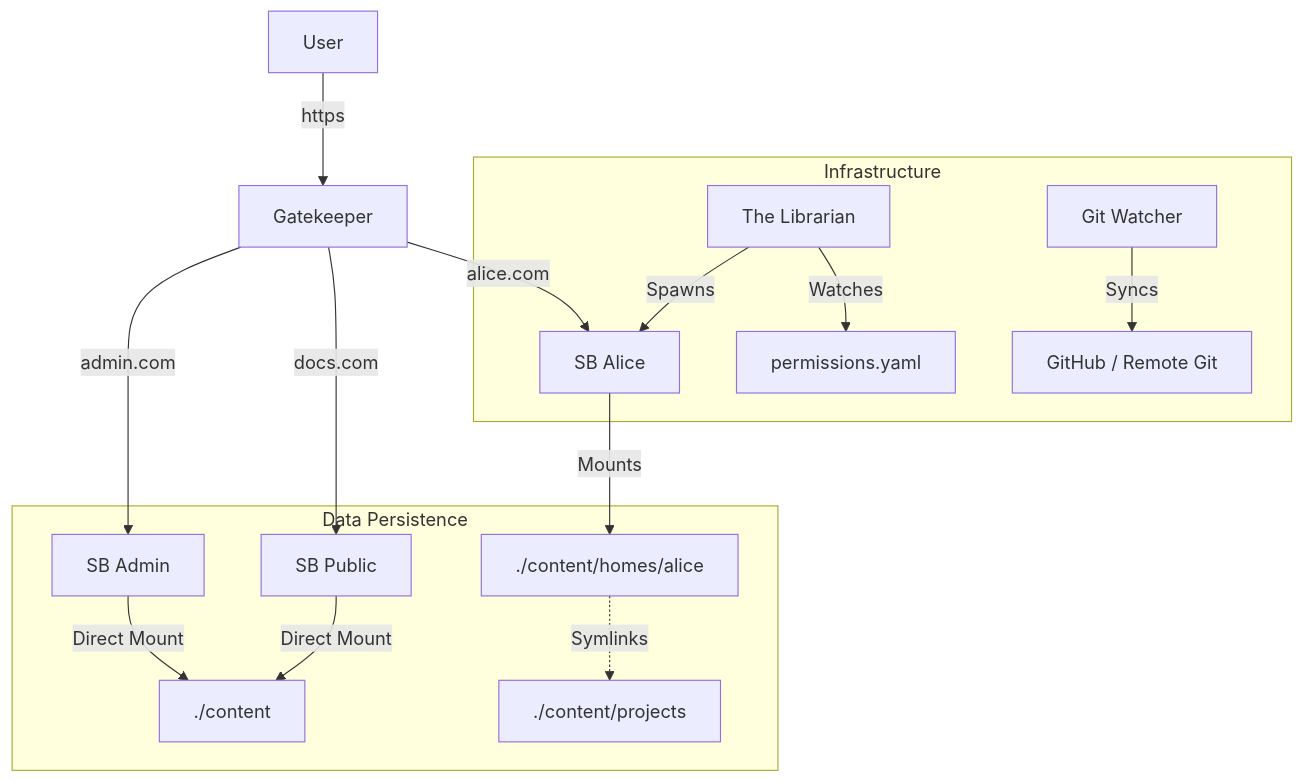
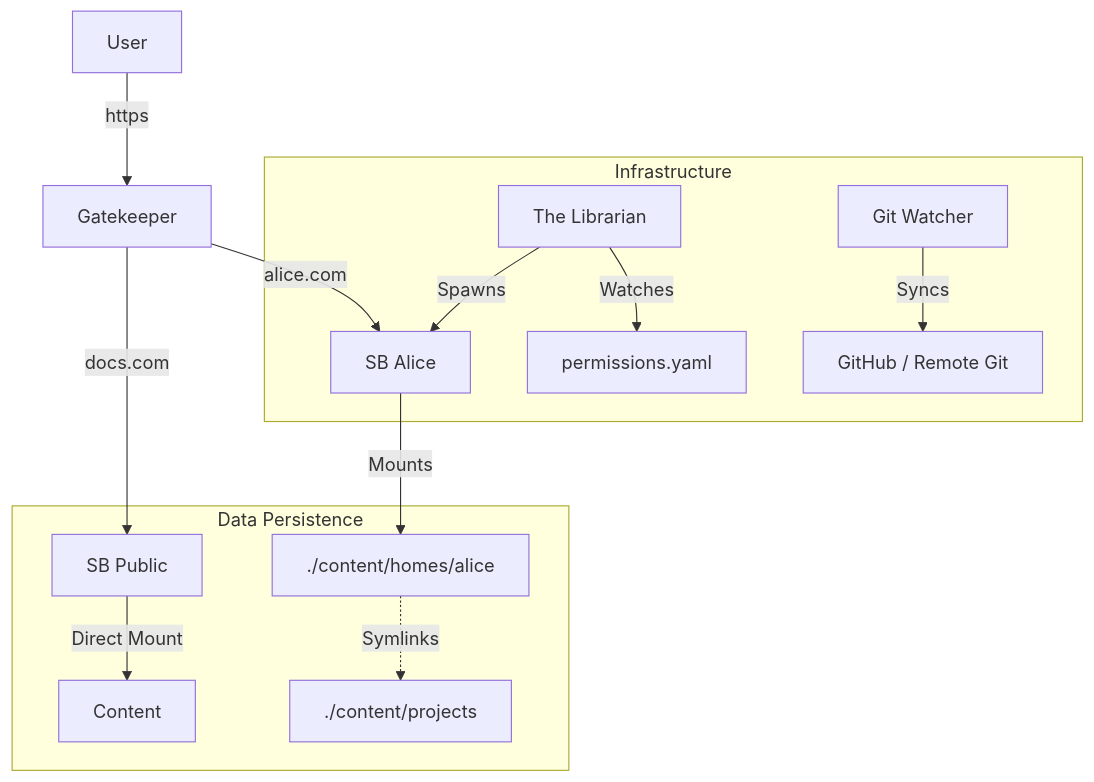
One commit to nourgaser/ng-brain changed the diagram in README.md. Above: the diagram before and after it, drawn with Mermaid. The commit also changed other lines of this file and 6 other files, not shown here.

Commit message:
feat: Remove admin host and writer service, update permissions and configurations for admin users

````diff
--- a/README.md
+++ b/README.md
@@ -25,21 +25,19 @@
 ```mermaid
 graph TD
     User[User] -->|https| Nginx[Gatekeeper]
-    Nginx -->|admin.com| Writer[SB Admin]
     Nginx -->|docs.com| Public[SB Public]
     Nginx -->|alice.com| Alice[SB Alice]
     
     subgraph "Infrastructure"
         Librarian[The Librarian] -->|Watches| Perms[permissions.yaml]
         Librarian -->|Spawns| Alice
         Ghost[Git Watcher] -->|Syncs| Remote[GitHub / Remote Git]
     end
 
     subgraph "Data Persistence"
-        Writer -->|Direct Mount| Content[./content]
         Public -->|Direct Mount| Content
         Alice -->|Mounts| Home[./content/homes/alice]
         Home -.->|Symlinks| Project[./content/projects]
     end
 
 ```
````
